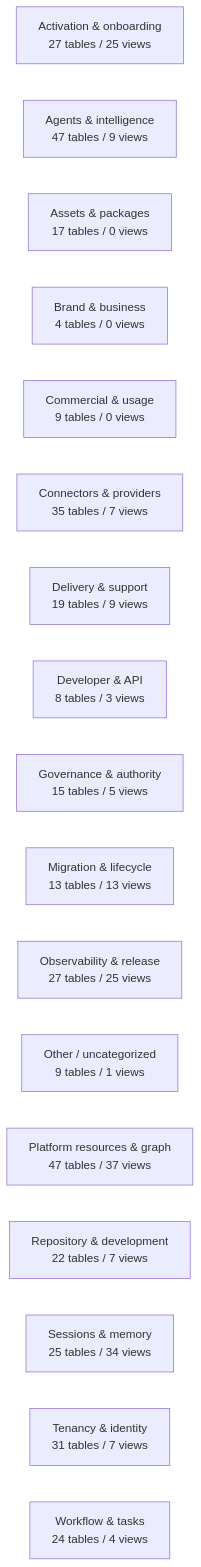
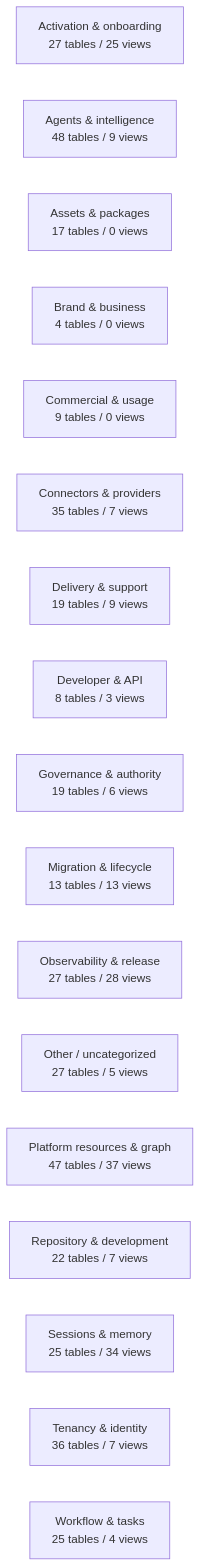
The diagram in docs/work-maps/data-model-domain-map.md (mad4bdigital-ai/multi-business-multi-role-growth-intelligence-os), drawn with Mermaid before and after one commit. The commit also changed other lines of this file and 28 other files, not shown here.

````diff
--- a/docs/work-maps/data-model-domain-map.md
+++ b/docs/work-maps/data-model-domain-map.md
@@ -9,20 +9,20 @@
 ```mermaid
 flowchart LR
   n_Activation___onboarding["Activation & onboarding<br/>27 tables / 25 views"]
-  n_Agents___intelligence["Agents & intelligence<br/>47 tables / 9 views"]
+  n_Agents___intelligence["Agents & intelligence<br/>48 tables / 9 views"]
   n_Assets___packages["Assets & packages<br/>17 tables / 0 views"]
   n_Brand___business["Brand & business<br/>4 tables / 0 views"]
   n_Commercial___usage["Commercial & usage<br/>9 tables / 0 views"]
   n_Connectors___providers["Connectors & providers<br/>35 tables / 7 views"]
   n_Delivery___support["Delivery & support<br/>19 tables / 9 views"]
   n_Developer___API["Developer & API<br/>8 tables / 3 views"]
-  n_Governance___authority["Governance & authority<br/>15 tables / 5 views"]
+  n_Governance___authority["Governance & authority<br/>19 tables / 6 views"]
   n_Migration___lifecycle["Migration & lifecycle<br/>13 tables / 13 views"]
-  n_Observability___release["Observability & release<br/>27 tables / 25 views"]
-  n_Other___uncategorized["Other / uncategorized<br/>9 tables / 1 views"]
+  n_Observability___release["Observability & release<br/>27 tables / 28 views"]
+  n_Other___uncategorized["Other / uncategorized<br/>27 tables / 5 views"]
   n_Platform_resources___graph["Platform resources & graph<br/>47 tables / 37 views"]
   n_Repository___development["Repository & development<br/>22 tables / 7 views"]
   n_Sessions___memory["Sessions & memory<br/>25 tables / 34 views"]
-  n_Tenancy___identity["Tenancy & identity<br/>31 tables / 7 views"]
-  n_Workflow___tasks["Workflow & tasks<br/>24 tables / 4 views"]
+  n_Tenancy___identity["Tenancy & identity<br/>36 tables / 7 views"]
+  n_Workflow___tasks["Workflow & tasks<br/>25 tables / 4 views"]
 ```
````
